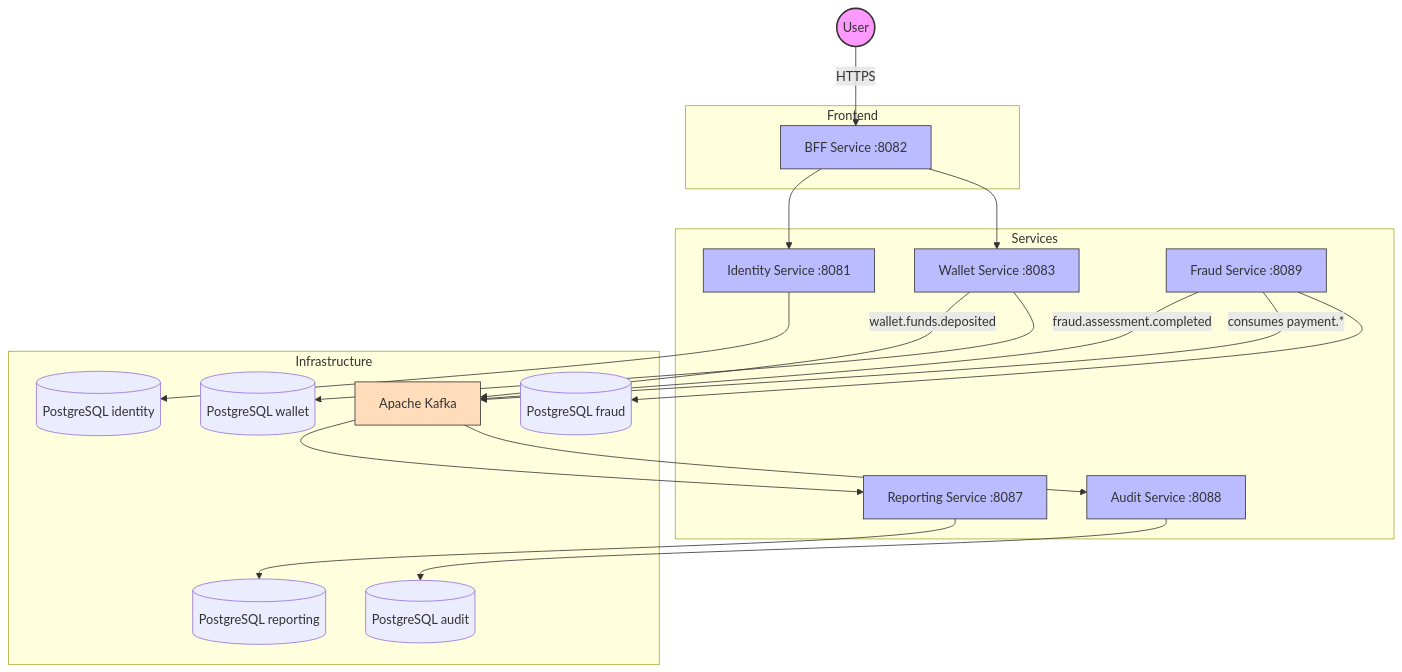
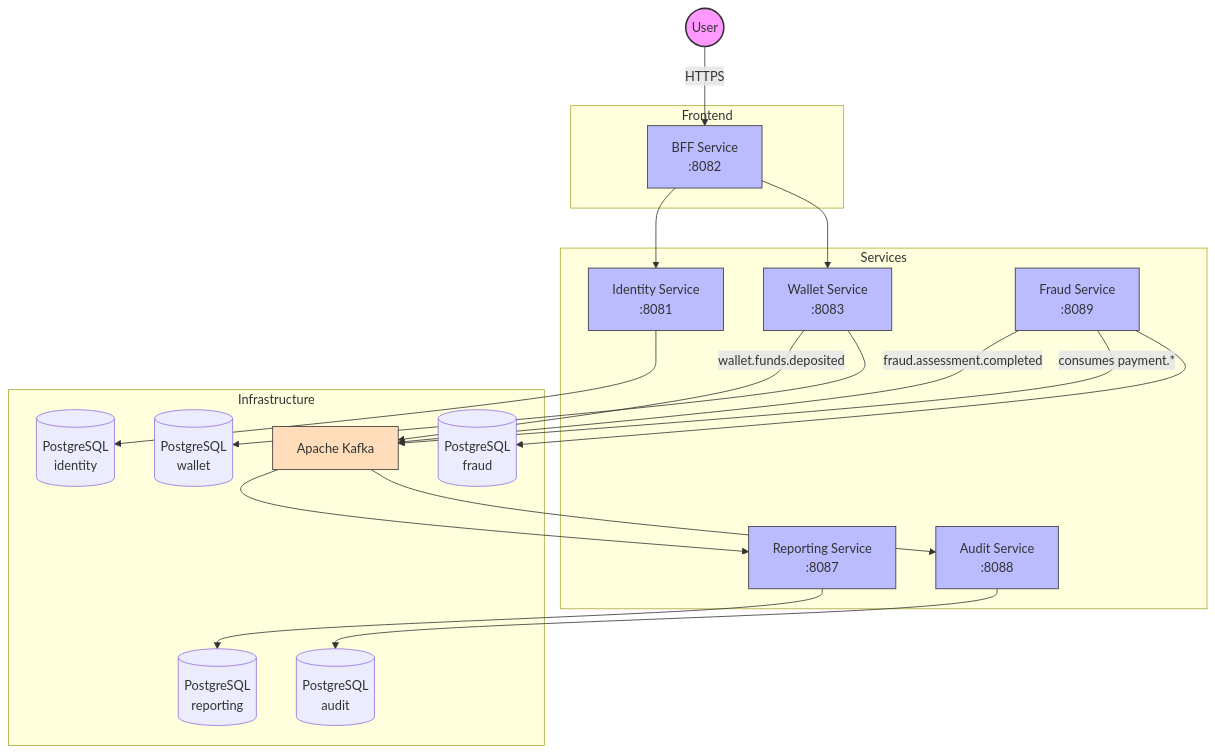
One commit to AlexAlvarezGallardo-GitHub/Aegis changed the first of 3 diagrams in docs/obsidian/00 - Overview/Aegis Platform.md. Above: the diagram before and after it, drawn with Mermaid. The commit also changed 4 other files, not shown here.

First line of the commit message:
fix(infra): fix mermaid subgraph node declaration in vault diagrams

````diff
--- a/docs/obsidian/00 - Overview/Aegis Platform.md
+++ b/docs/obsidian/00 - Overview/Aegis Platform.md
@@ -11,42 +11,42 @@
 ```mermaid
 graph TB
-    User((User)) -->|HTTPS| BFF[BFF Service :8082]
-    BFF --> Identity[Identity Service :8081]
-    BFF --> Wallet[Wallet Service :8083]
-    Wallet -->|wallet.funds.deposited| Kafka[Apache Kafka]
-    Kafka --> Report[Reporting Service :8087]
-    Kafka --> Audit[Audit Service :8088]
-    Fraud[Fraud Service :8089] -->|fraud.assessment.completed| Kafka
-    Fraud -->|consumes payment.*| Kafka
-    Identity --> PG1[(PostgreSQL identity)]
-    Wallet --> PG2[(PostgreSQL wallet)]
-    Report --> PG3[(PostgreSQL reporting)]
-    Audit --> PG4[(PostgreSQL audit)]
-    Fraud --> PG5[(PostgreSQL fraud)]
     subgraph Frontend
-        BFF
+        BFF["BFF Service<br/>:8082"]
     end
     subgraph Services
-        Identity
-        Wallet
-        Report
-        Audit
-        Fraud
+        Identity["Identity Service<br/>:8081"]
+        Wallet["Wallet Service<br/>:8083"]
+        Fraud["Fraud Service<br/>:8089"]
+        Report["Reporting Service<br/>:8087"]
+        Audit["Audit Service<br/>:8088"]
     end
     subgraph Infrastructure
-        Kafka
-        PG1
-        PG2
-        PG3
-        PG4
-        PG5
+        Kafka["Apache Kafka"]
+        PG1[("PostgreSQL<br/>identity")]
+        PG2[("PostgreSQL<br/>wallet")]
+        PG3[("PostgreSQL<br/>reporting")]
+        PG4[("PostgreSQL<br/>audit")]
+        PG5[("PostgreSQL<br/>fraud")]
     end
+    User((User)) -->|HTTPS| BFF
+    BFF --> Identity
+    BFF --> Wallet
+    Wallet -->|wallet.funds.deposited| Kafka
+    Fraud -->|fraud.assessment.completed| Kafka
+    Fraud -->|consumes payment.*| Kafka
+    Kafka --> Report
+    Kafka --> Audit
+    Identity --> PG1
+    Wallet --> PG2
+    Report --> PG3
+    Audit --> PG4
+    Fraud --> PG5
     style User fill:#f9f,stroke:#333,stroke-width:2px
     style BFF fill:#bbf,stroke:#333
     style Identity fill:#bbf,stroke:#333
     style Wallet fill:#bbf,stroke:#333
     style Report fill:#bbf,stroke:#333
     style Audit fill:#bbf,stroke:#333
     style Fraud fill:#bbf,stroke:#333
     style Kafka fill:#fdb,stroke:#333
 ```
````
